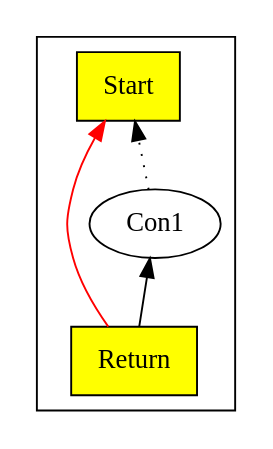
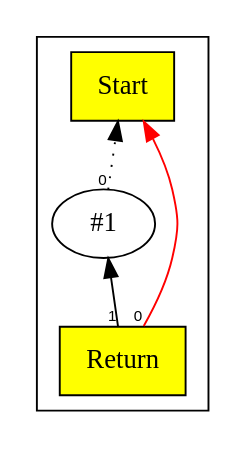
Before and after one commit to SeaOfNodes/Simple: the diagram in chapter01/docs/01-graph.gv, drawn with Graphviz. The commit also changed 93 other files, not shown here.

```diff
--- a/chapter01/docs/01-graph.gv
+++ b/chapter01/docs/01-graph.gv
@@ -1,11 +1,17 @@
 digraph chapter01 {
+/*
+return 1;
+*/
 	rankdir=BT;
+	ordering="in";
+	concentrate="true";
 	subgraph cluster_Nodes {
 		Start1 [ shape=box style=filled fillcolor=yellow label="Start" ];
-		Con12 [ label="Con1" ];
+		Con_2 [ label="#1" ];
 		Return3 [ shape=box style=filled fillcolor=yellow label="Return" ];
 	}
-	Con12 -> Start1 [style=dotted];
-	Return3 -> Start1 [color=red];
-	Return3 -> Con12;
+	edge [ fontname=Helvetica, fontsize=8 ];
+	Con_2 -> Start1[taillabel=0 style=dotted];
+	Return3 -> Start1[taillabel=0 color=red];
+	Return3 -> Con_2[taillabel=1];
 }
```
